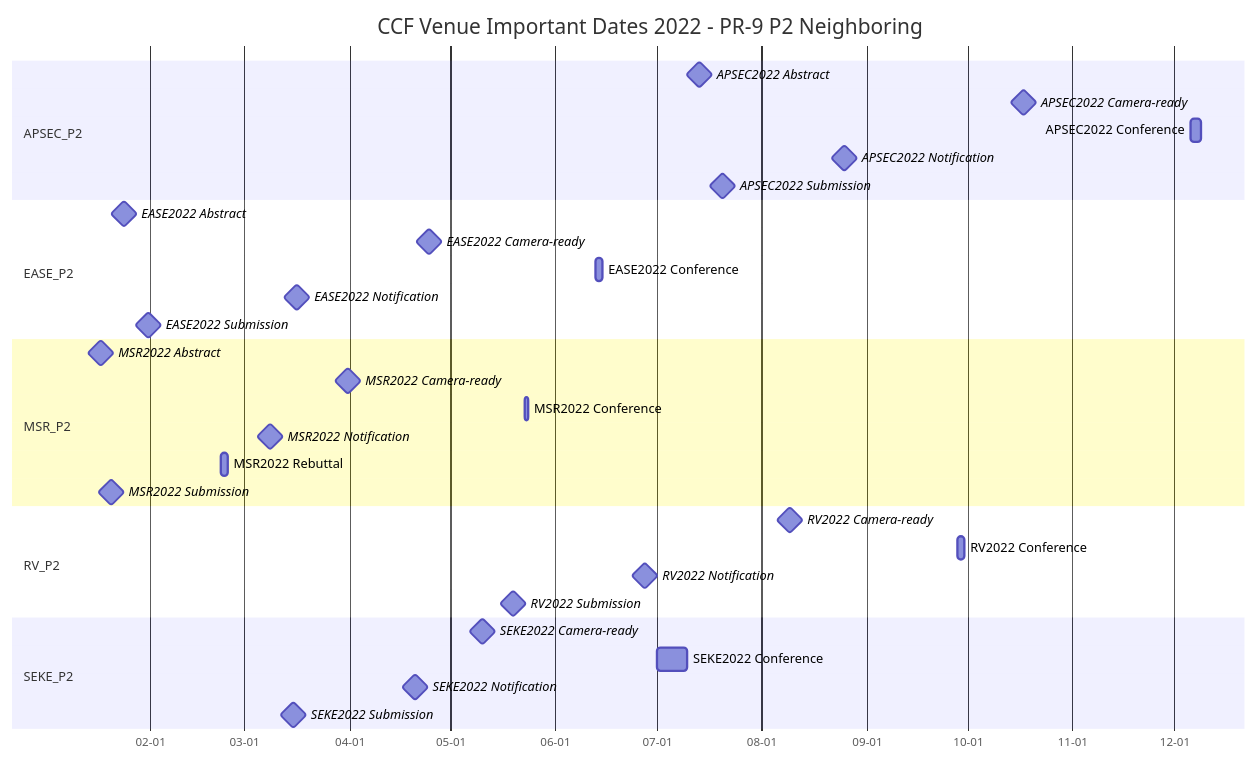
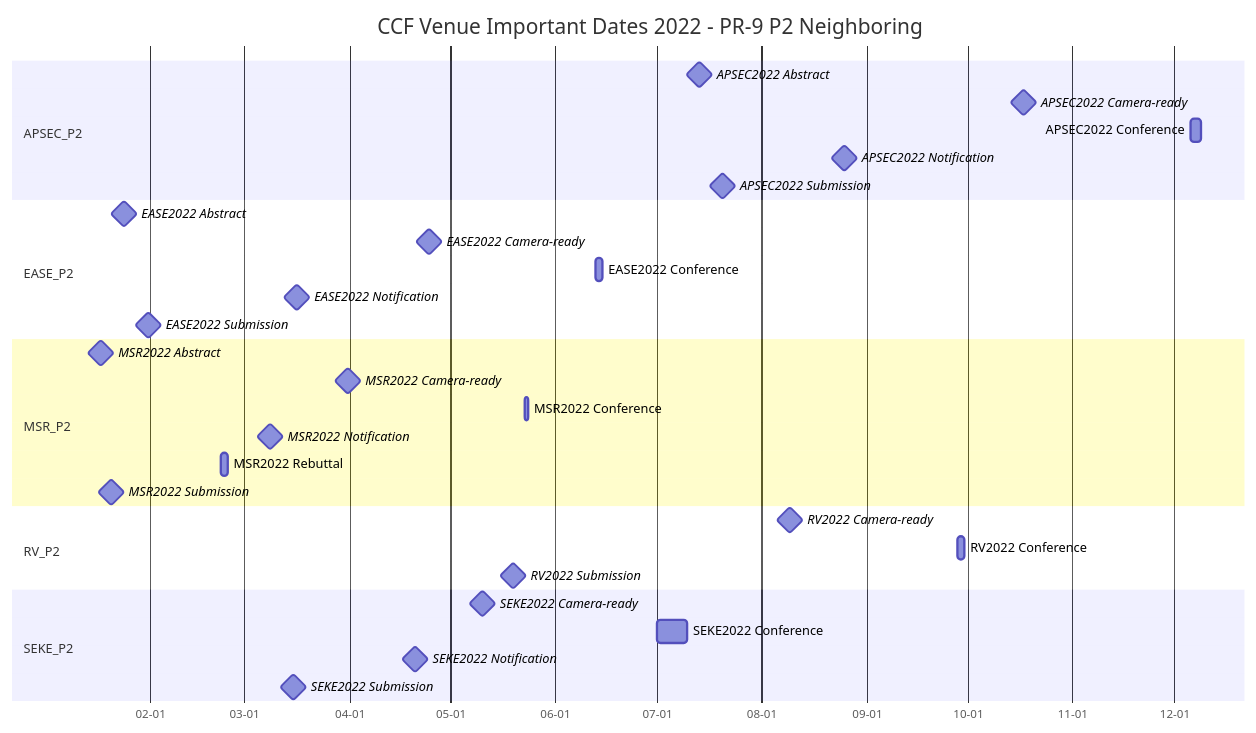
Before and after one commit to HansBug/research_ideas: diagram 23 of 25 in ccf_venues/TIMELINE.md, drawn with Mermaid. The commit also changed other lines of this file and 6 other files, not shown here.

````diff
--- a/ccf_venues/TIMELINE.md
+++ b/ccf_venues/TIMELINE.md
@@ -1610,41 +1609,40 @@
 ```mermaid
 gantt
   title CCF Venue Important Dates 2022 - PR-9 P2 Neighboring
   dateFormat YYYY-MM-DD
   axisFormat %m-%d
 
   section APSEC_P2
   APSEC2022 Abstract :milestone, pr9_conf_c_apsec_2022_abstract_20220713, 2022-07-13, 1d
   APSEC2022 Camera-ready :milestone, pr9_conf_c_apsec_2022_camera_ready_20221017, 2022-10-17, 1d
   APSEC2022 Conference :pr9_conf_c_apsec_2022_conference_20221206, 2022-12-06, 2022-12-09
   APSEC2022 Notification :milestone, pr9_conf_c_apsec_2022_notification_20220825, 2022-08-25, 1d
   APSEC2022 Submission :milestone, pr9_conf_c_apsec_2022_submission_20220720, 2022-07-20, 1d
 
   section EASE_P2
   EASE2022 Abstract :milestone, pr9_conf_c_ease_2022_abstract_20220124, 2022-01-24, 1d
   EASE2022 Camera-ready :milestone, pr9_conf_c_ease_2022_camera_ready_20220424, 2022-04-24, 1d
   EASE2022 Conference :pr9_conf_c_ease_2022_conference_20220613, 2022-06-13, 2022-06-15
   EASE2022 Notification :milestone, pr9_conf_c_ease_2022_notification_20220316, 2022-03-16, 1d
   EASE2022 Submission :milestone, pr9_conf_c_ease_2022_submission_20220131, 2022-01-31, 1d
 
   section MSR_P2
   MSR2022 Abstract :milestone, pr9_conf_c_msr_2022_abstract_20220117, 2022-01-17, 1d
   MSR2022 Camera-ready :milestone, pr9_conf_c_msr_2022_camera_ready_20220331, 2022-03-31, 1d
   MSR2022 Conference :pr9_conf_c_msr_2022_conference_20220523, 2022-05-23, 2022-05-24
   MSR2022 Notification :milestone, pr9_conf_c_msr_2022_notification_20220308, 2022-03-08, 1d
   MSR2022 Rebuttal :pr9_conf_c_msr_2022_rebuttal_20220222, 2022-02-22, 2022-02-24
   MSR2022 Submission :milestone, pr9_conf_c_msr_2022_submission_20220120, 2022-01-20, 1d
 
   section RV_P2
   RV2022 Camera-ready :milestone, pr9_conf_c_rv_2022_camera_ready_20220809, 2022-08-09, 1d
   RV2022 Conference :pr9_conf_c_rv_2022_conference_20220928, 2022-09-28, 2022-09-30
-  RV2022 Notification :milestone, pr9_conf_c_rv_2022_notification_20220627, 2022-06-27, 1d
   RV2022 Submission :milestone, pr9_conf_c_rv_2022_submission_20220519, 2022-05-19, 1d
 
   section SEKE_P2
   SEKE2022 Camera-ready :milestone, pr9_conf_c_seke_2022_camera_ready_20220510, 2022-05-10, 1d
   SEKE2022 Conference :pr9_conf_c_seke_2022_conference_20220701, 2022-07-01, 2022-07-10
   SEKE2022 Notification :milestone, pr9_conf_c_seke_2022_notification_20220420, 2022-04-20, 1d
   SEKE2022 Submission :milestone, pr9_conf_c_seke_2022_submission_20220315, 2022-03-15, 1d
 
 ```
````
